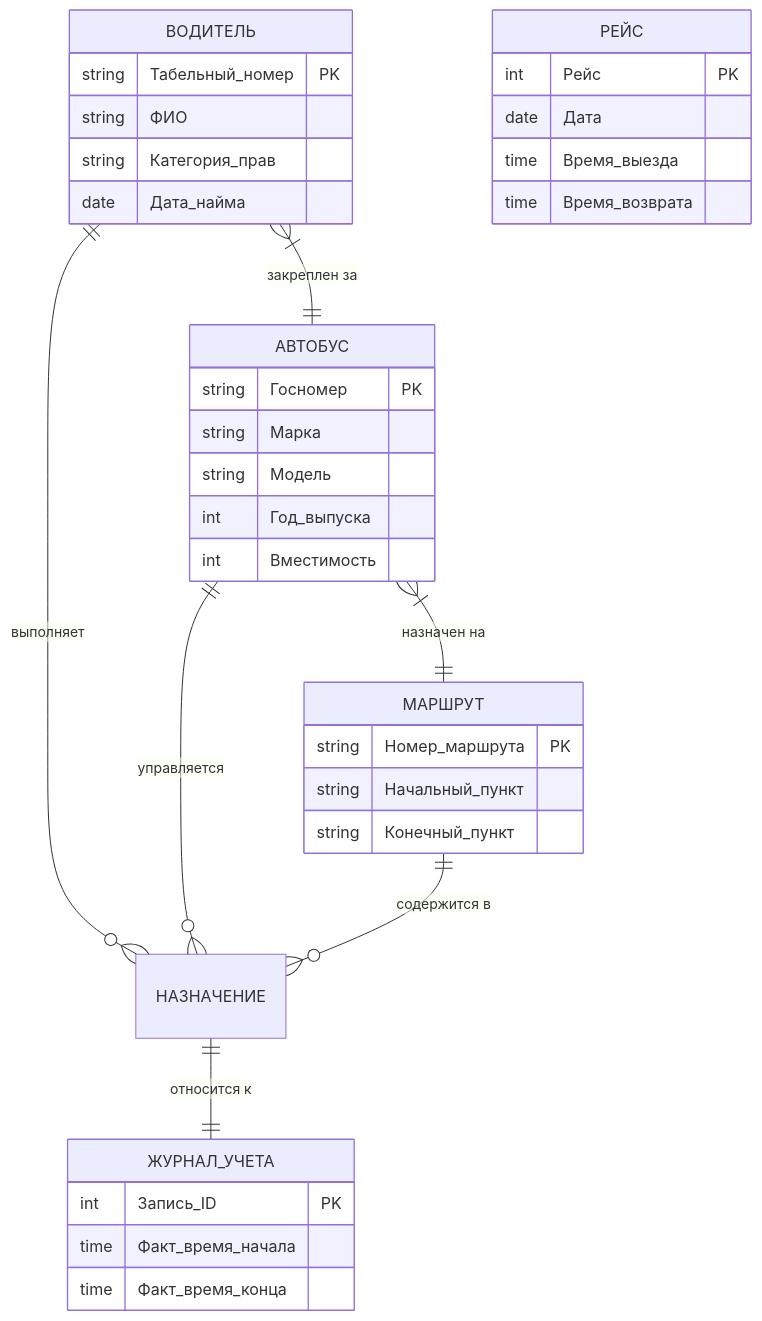
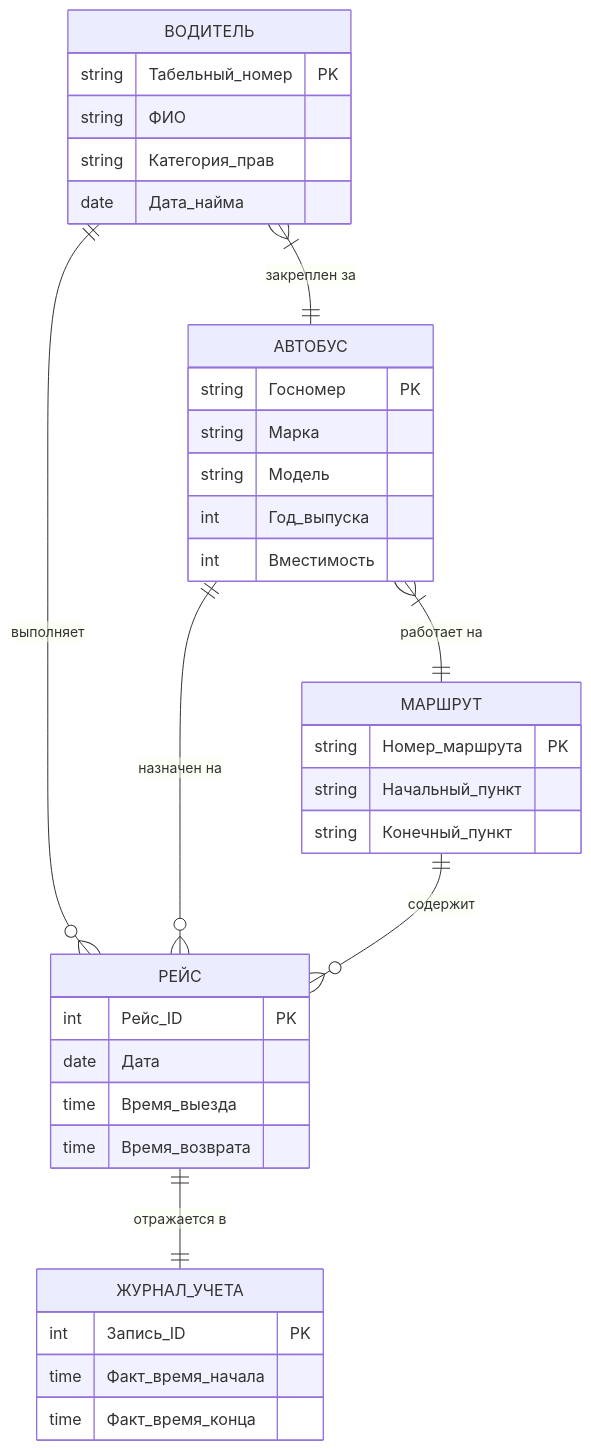
The diagram in README.md (kirill483/nenew), drawn with Mermaid before and after one commit.

````diff
--- a/README.md
+++ b/README.md
@@ -1,43 +1,43 @@
 ```mermaid
 erDiagram
     ВОДИТЕЛЬ {
         string Табельный_номер PK
         string ФИО
         string Категория_прав
         date Дата_найма
     }
 
     АВТОБУС {
         string Госномер PK
         string Марка
         string Модель
         int Год_выпуска
         int Вместимость
     }
 
     МАРШРУТ {
         string Номер_маршрута PK
         string Начальный_пункт
         string Конечный_пункт
     }
 
-    РЕЙС  {
-        int Рейс PK
+    РЕЙС {
+        int Рейс_ID PK
         date Дата
         time Время_выезда
         time Время_возврата
     }
 
     ЖУРНАЛ_УЧЕТА {
         int Запись_ID PK
         time Факт_время_начала
         time Факт_время_конца
     }
 
-    ВОДИТЕЛЬ ||--o{ НАЗНАЧЕНИЕ : "выполняет"
-    АВТОБУС ||--o{ НАЗНАЧЕНИЕ : "управляется"
-    МАРШРУТ ||--o{ НАЗНАЧЕНИЕ : "содержится в"
-    НАЗНАЧЕНИЕ ||--|| ЖУРНАЛ_УЧЕТА : "относится к"
+    ВОДИТЕЛЬ ||--o{ РЕЙС : "выполняет"
+    АВТОБУС ||--o{ РЕЙС : "назначен на"
+    МАРШРУТ ||--o{ РЕЙС : "содержит"
+    РЕЙС ||--|| ЖУРНАЛ_УЧЕТА : "отражается в"
     ВОДИТЕЛЬ }|--|| АВТОБУС : "закреплен за"
-    АВТОБУС }|--|| МАРШРУТ : "назначен на"
+    АВТОБУС }|--|| МАРШРУТ : "работает на"
 ```
````
